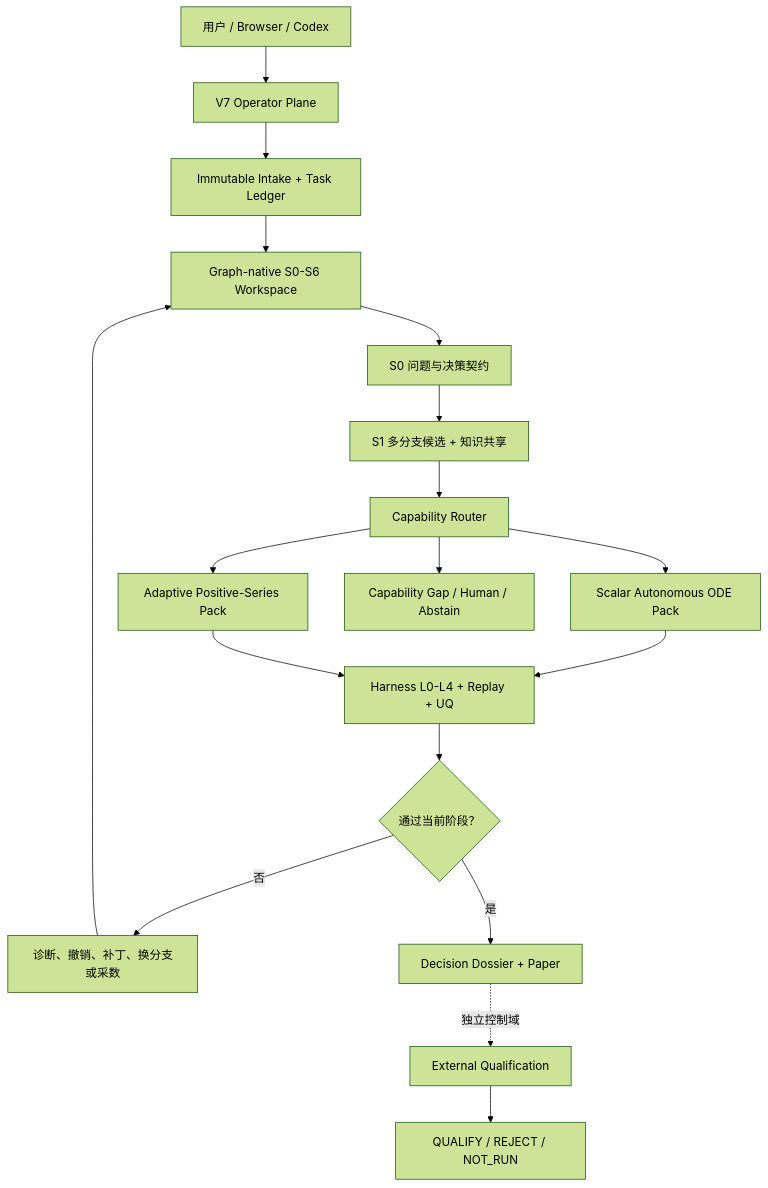
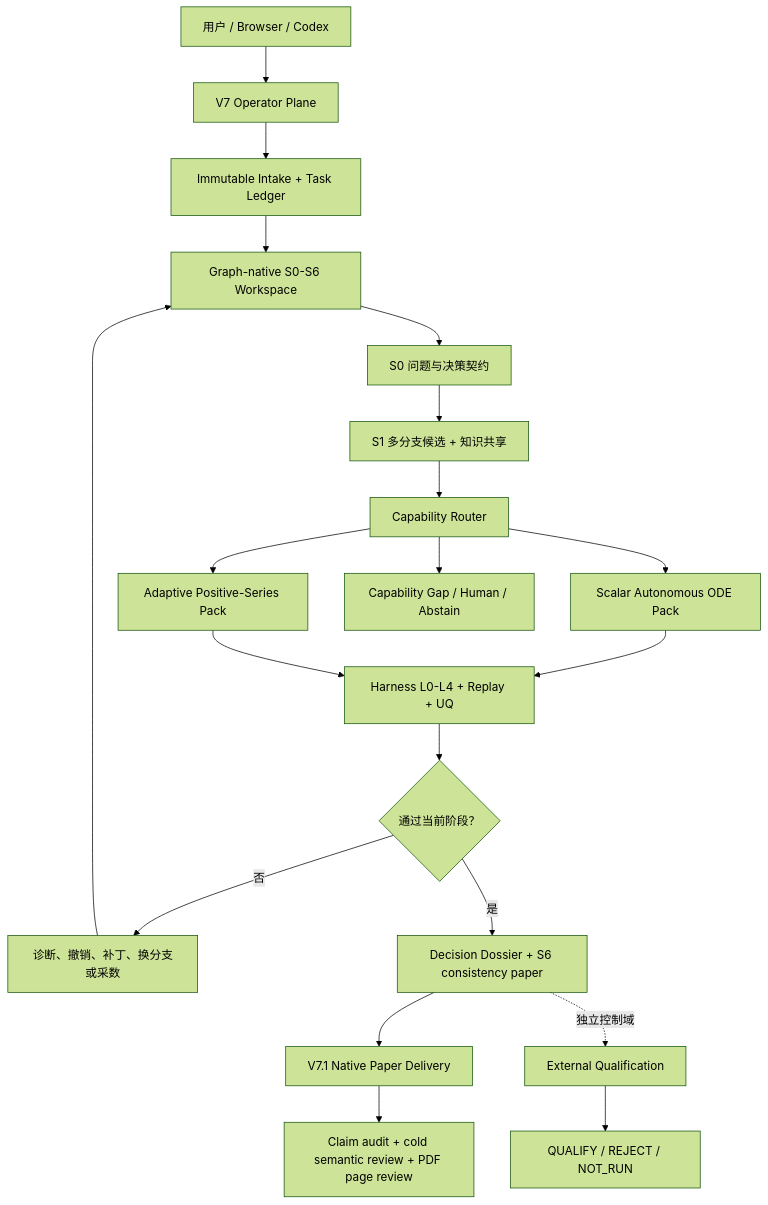
One commit to zx070326-hash/fma-trusted-modeling-agent changed the diagram in README.md. Above: the diagram before and after it, drawn with Mermaid (forest theme). The commit also changed other lines of this file and 32 other files, not shown here.

Commit message:
Add V7.1 native paper delivery

````diff
--- a/README.md
+++ b/README.md
@@ -52,23 +53,25 @@
 ```mermaid
 flowchart TD
     U["用户 / Browser / Codex"] --> OP["V7 Operator Plane"]
     OP --> IN["Immutable Intake + Task Ledger"]
     IN --> G["Graph-native S0-S6 Workspace"]
 
     G --> S0["S0 问题与决策契约"]
     S0 --> S1["S1 多分支候选 + 知识共享"]
     S1 --> R["Capability Router"]
     R --> ODE["Scalar Autonomous ODE Pack"]
     R --> APS["Adaptive Positive-Series Pack"]
     R --> GAP["Capability Gap / Human / Abstain"]
 
     ODE --> V["Harness L0-L4 + Replay + UQ"]
     APS --> V
     V --> REC{"通过当前阶段？"}
     REC -->|"否"| BACK["诊断、撤销、补丁、换分支或采数"]
     BACK --> G
-    REC -->|"是"| DOS["Decision Dossier + Paper"]
+    REC -->|"是"| DOS["Decision Dossier + S6 consistency paper"]
+    DOS --> PUB["V7.1 Native Paper Delivery"]
+    PUB --> PQA["Claim audit + cold semantic review + PDF page review"]
 
     DOS -. "独立控制域" .-> EXT["External Qualification"]
     EXT --> Q["QUALIFY / REJECT / NOT_RUN"]
 ```
````
